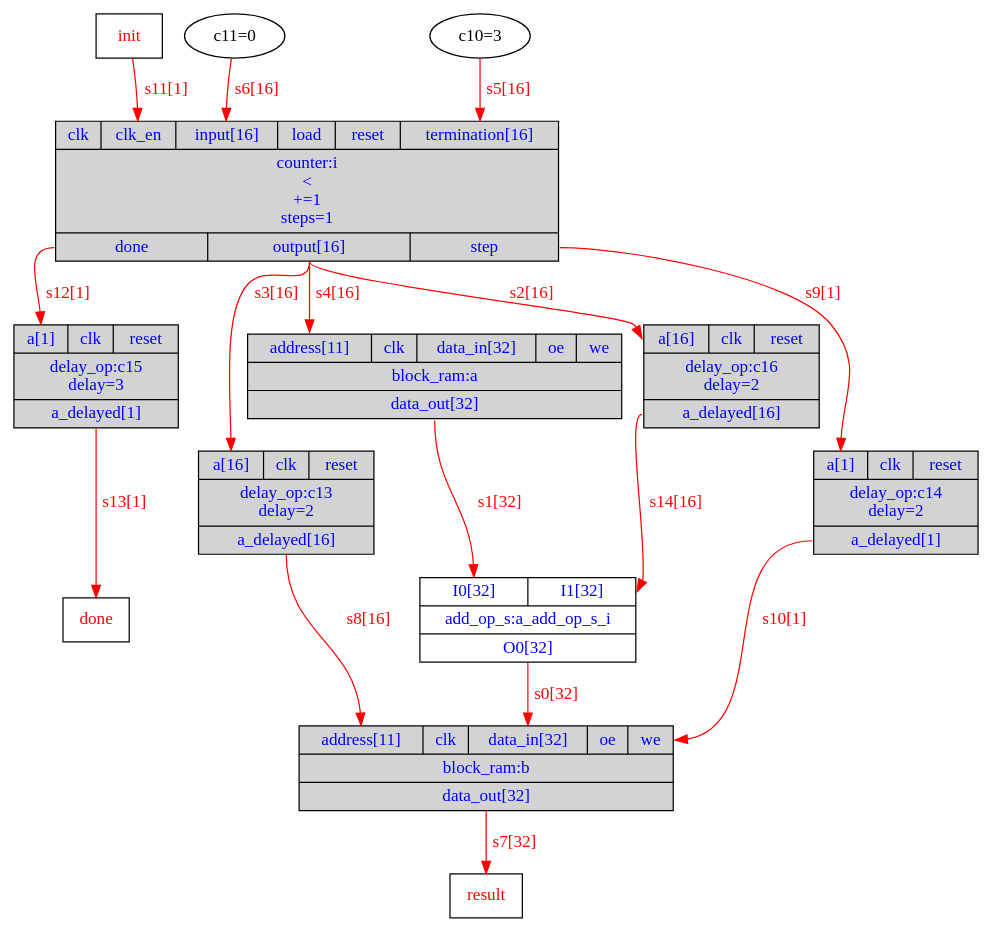
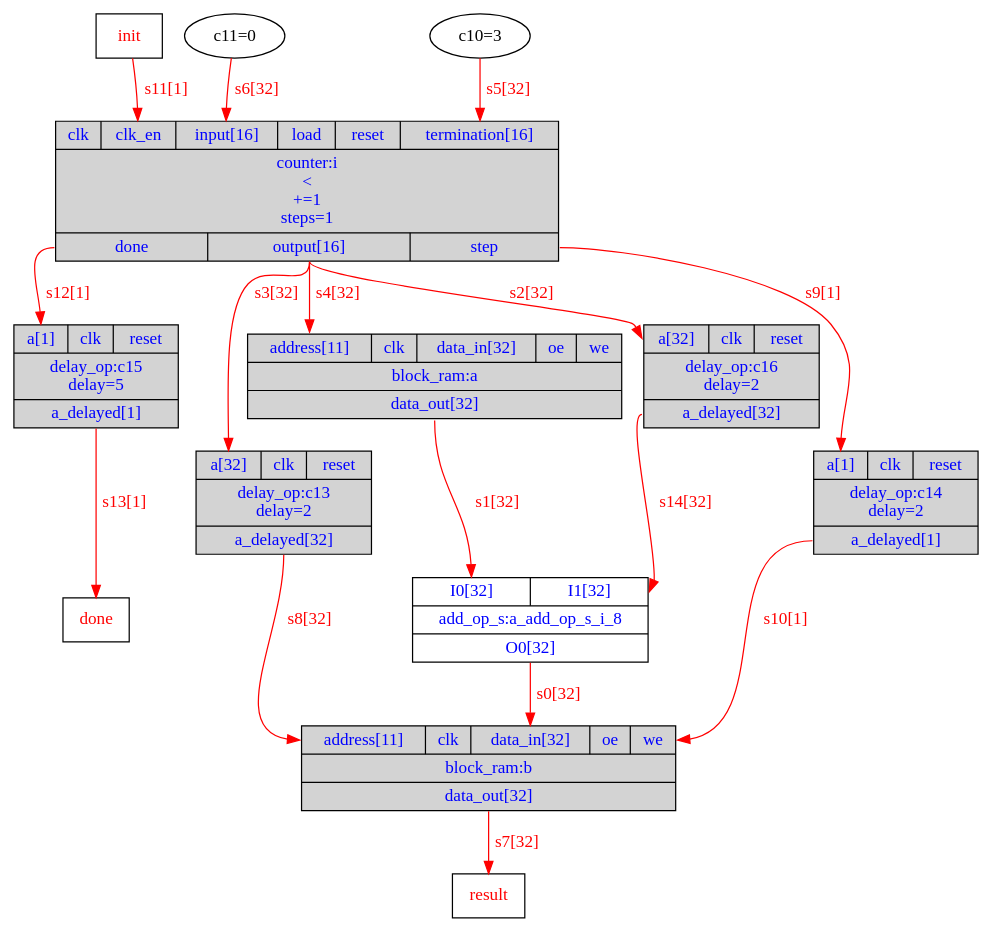
One commit to menotti/lalp changed the diagram in branches/LALPC/Exemplos/indice2/DOT/Exemplo_HW.dot. Above: the diagram before and after it, drawn with Graphviz. The commit also changed 75 other files, not shown here.

```diff
--- a/branches/LALPC/Exemplos/indice2/DOT/Exemplo_HW.dot
+++ b/branches/LALPC/Exemplos/indice2/DOT/Exemplo_HW.dot
@@ -1,27 +1,27 @@
 digraph diagram {
 // Components (Nodes) 
 "i" [shape=record, fontcolor=blue, style="filled", fillcolor="lightgray", label="{{<clk>clk|<clk_en>clk_en|<input>input[16]|<load>load|<reset>reset|<termination>termination[16]}|counter:i\n\<\n+=1\nsteps=1|{<done>done|<output>output[16]|<step>step}}"]; 
 "b" [shape=record, fontcolor=blue, style="filled", fillcolor="lightgray", label="{{<address>address[11]|<clk>clk|<data_in>data_in[32]|<oe>oe|<we>we}|block_ram:b|{<data_out>data_out[32]}}"]; 
-"a_add_op_s_i" [shape=record, fontcolor=blue, label="{{<I0>I0[32]|<I1>I1[32]}|add_op_s:a_add_op_s_i|{<O0>O0[32]}}"]; 
+"a_add_op_s_i_8" [shape=record, fontcolor=blue, label="{{<I0>I0[32]|<I1>I1[32]}|add_op_s:a_add_op_s_i_8|{<O0>O0[32]}}"]; 
 "a" [shape=record, fontcolor=blue, style="filled", fillcolor="lightgray", label="{{<address>address[11]|<clk>clk|<data_in>data_in[32]|<oe>oe|<we>we}|block_ram:a|{<data_out>data_out[32]}}"]; 
-"init" [shape=msquare fontcolor=red label="init"]"done" [shape=msquare fontcolor=red label="done"]"c10" [fontcolor=b label="c10=3"]"c11" [fontcolor=b label="c11=0"]"result" [shape=msquare fontcolor=red label="result"]"c13" [shape=record, fontcolor=blue, style="filled", fillcolor="lightgray", label="{{<a>a[16]|<clk>clk|<reset>reset}|delay_op:c13\ndelay=2|{<a_delayed>a_delayed[16]}}"]; 
+"init" [shape=msquare fontcolor=red label="init"]"done" [shape=msquare fontcolor=red label="done"]"c10" [fontcolor=b label="c10=3"]"c11" [fontcolor=b label="c11=0"]"result" [shape=msquare fontcolor=red label="result"]"c13" [shape=record, fontcolor=blue, style="filled", fillcolor="lightgray", label="{{<a>a[32]|<clk>clk|<reset>reset}|delay_op:c13\ndelay=2|{<a_delayed>a_delayed[32]}}"]; 
 "c14" [shape=record, fontcolor=blue, style="filled", fillcolor="lightgray", label="{{<a>a[1]|<clk>clk|<reset>reset}|delay_op:c14\ndelay=2|{<a_delayed>a_delayed[1]}}"]; 
-"c15" [shape=record, fontcolor=blue, style="filled", fillcolor="lightgray", label="{{<a>a[1]|<clk>clk|<reset>reset}|delay_op:c15\ndelay=3|{<a_delayed>a_delayed[1]}}"]; 
-"c16" [shape=record, fontcolor=blue, style="filled", fillcolor="lightgray", label="{{<a>a[16]|<clk>clk|<reset>reset}|delay_op:c16\ndelay=2|{<a_delayed>a_delayed[16]}}"]; 
+"c15" [shape=record, fontcolor=blue, style="filled", fillcolor="lightgray", label="{{<a>a[1]|<clk>clk|<reset>reset}|delay_op:c15\ndelay=5|{<a_delayed>a_delayed[1]}}"]; 
+"c16" [shape=record, fontcolor=blue, style="filled", fillcolor="lightgray", label="{{<a>a[32]|<clk>clk|<reset>reset}|delay_op:c16\ndelay=2|{<a_delayed>a_delayed[32]}}"]; 
 // Signals (Edges) 
-"a_add_op_s_i":O0 -> "b":data_in[label="s0[32]" color=red fontcolor=red]; 
-"a":data_out -> "a_add_op_s_i":I0[label="s1[32]" color=red fontcolor=red]; 
-"i":output -> "c16":a[label="s2[16]" color=red fontcolor=red]; 
-"i":output -> "c13":a[label="s3[16]" color=red fontcolor=red]; 
-"i":output -> "a":address[label="s4[16]" color=red fontcolor=red]; 
-"c10":out -> "i":termination[label="s5[16]" color=red fontcolor=red]; 
-"c11":out -> "i":input[label="s6[16]" color=red fontcolor=red]; 
+"a_add_op_s_i_8":O0 -> "b":data_in[label="s0[32]" color=red fontcolor=red]; 
+"a":data_out -> "a_add_op_s_i_8":I0[label="s1[32]" color=red fontcolor=red]; 
+"i":output -> "c16":a[label="s2[32]" color=red fontcolor=red]; 
+"i":output -> "c13":a[label="s3[32]" color=red fontcolor=red]; 
+"i":output -> "a":address[label="s4[32]" color=red fontcolor=red]; 
+"c10":out -> "i":termination[label="s5[32]" color=red fontcolor=red]; 
+"c11":out -> "i":input[label="s6[32]" color=red fontcolor=red]; 
 "b":data_out -> "result":in[label="s7[32]" color=red fontcolor=red]; 
-"c13":a_delayed -> "b":address[label="s8[16]" color=red fontcolor=red]; 
+"c13":a_delayed -> "b":address[label="s8[32]" color=red fontcolor=red]; 
 "i":step -> "c14":a[label="s9[1]" color=red fontcolor=red]; 
 "c14":a_delayed -> "b":we[label="s10[1]" color=red fontcolor=red]; 
 "init":out -> "i":clk_en[label="s11[1]" color=red fontcolor=red]; 
 "i":done -> "c15":a[label="s12[1]" color=red fontcolor=red]; 
 "c15":a_delayed -> "done":in[label="s13[1]" color=red fontcolor=red]; 
-"c16":a_delayed -> "a_add_op_s_i":I1[label="s14[16]" color=red fontcolor=red]; 
+"c16":a_delayed -> "a_add_op_s_i_8":I1[label="s14[32]" color=red fontcolor=red]; 
 }
```
